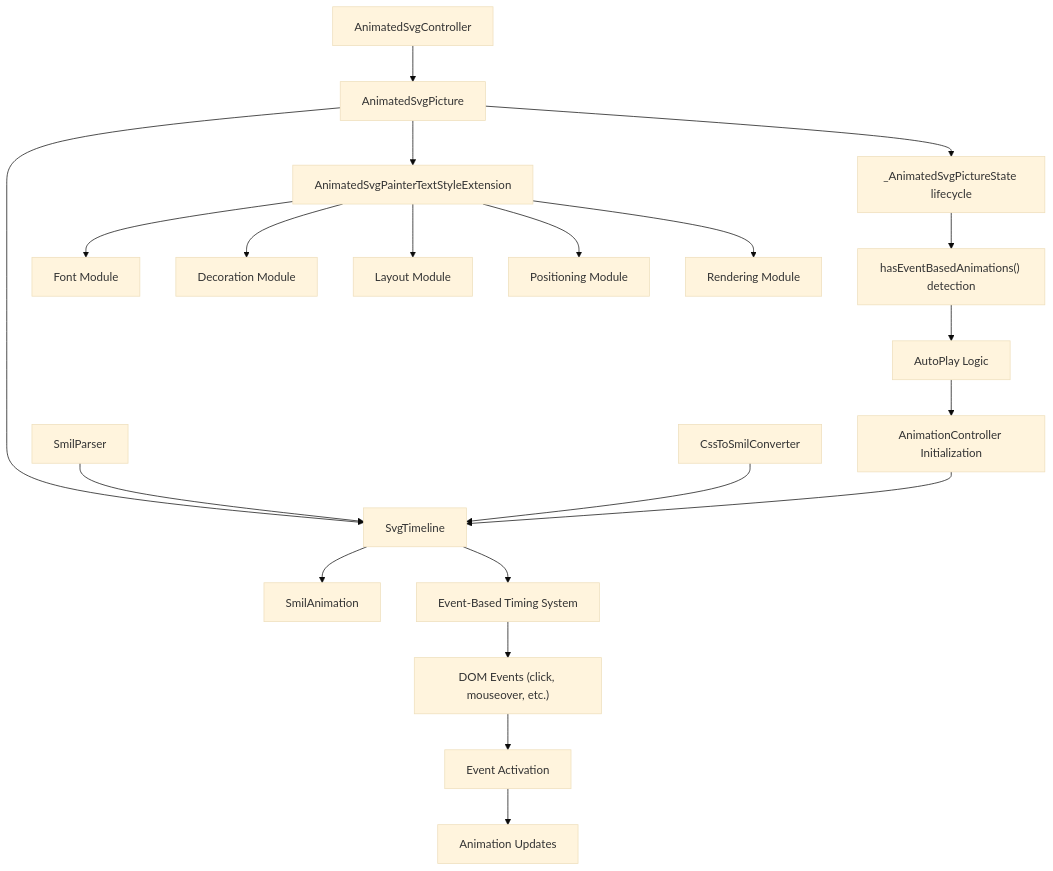
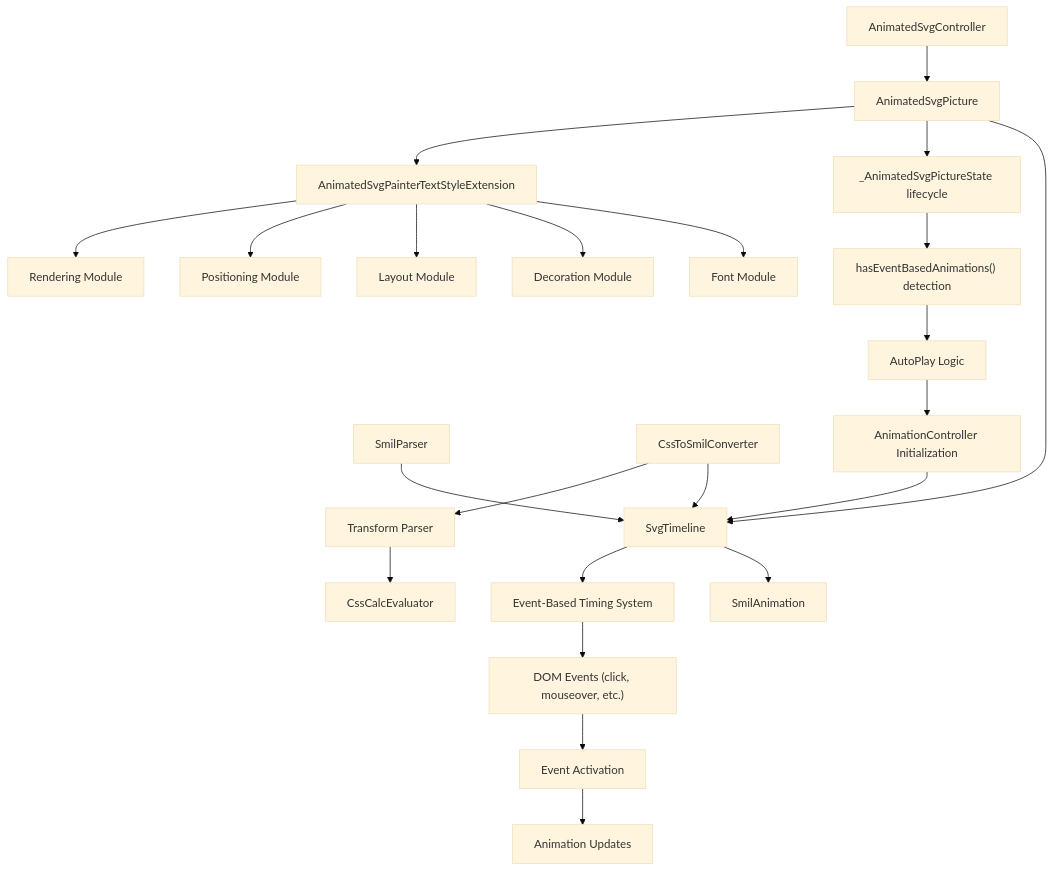
The first of 4 diagrams in .qoder/repowiki/en/content/API Reference/Animation APIs.md (denisnadey/flutter_full_svg_support), drawn with Mermaid (base theme) before and after one commit. The commit also changed other lines of this file and 40 other files, not shown here.

````diff
--- a/.qoder/repowiki/en/content/API Reference/Animation APIs.md
+++ b/.qoder/repowiki/en/content/API Reference/Animation APIs.md
@@ -73,23 +86,25 @@
 ```mermaid
 graph TB
 Controller["AnimatedSvgController"] --> Picture["AnimatedSvgPicture"]
 Picture --> Timeline["SvgTimeline"]
 Timeline --> Anim["SmilAnimation"]
 Parser["SmilParser"] --> Timeline
 Converter["CssToSmilConverter"] --> Timeline
+Converter --> TransformParser["Transform Parser"]
+TransformParser --> CalcEvaluator["CssCalcEvaluator"]
 Picture --> Lifecycle["_AnimatedSvgPictureState lifecycle"]
 Lifecycle --> EventDetection["hasEventBasedAnimations() detection"]
 EventDetection --> AutoPlay["AutoPlay Logic"]
 AutoPlay --> ControllerInit["AnimationController Initialization"]
 ControllerInit --> Timeline
 Timeline --> EventSystem["Event-Based Timing System"]
 EventSystem --> DOMEvents["DOM Events (click, mouseover, etc.)"]
 DOMEvents --> EventActivation["Event Activation"]
 EventActivation --> AnimationUpdate["Animation Updates"]
 Picture --> TextStyleExt["AnimatedSvgPainterTextStyleExtension"]
 TextStyleExt --> FontModule["Font Module"]
 TextStyleExt --> DecorationModule["Decoration Module"]
 TextStyleExt --> LayoutModule["Layout Module"]
 TextStyleExt --> PositioningModule["Positioning Module"]
 TextStyleExt --> RenderingModule["Rendering Module"]
 ```
````
